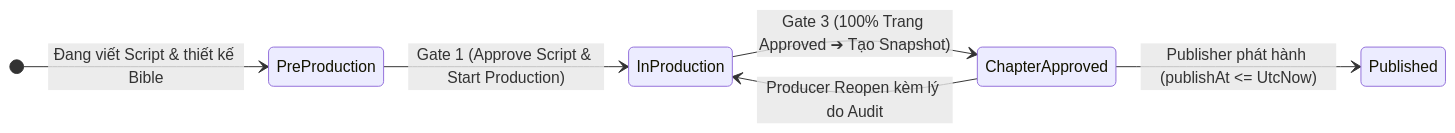
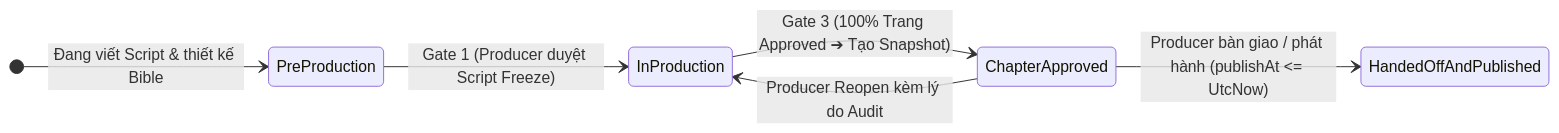
One commit to tkiennt/panelforge-hubs changed the diagram in docs/spec/CHAPTER_AND_SCRIPT_SPECIFICATION.md. Above: the diagram before and after it, drawn with Mermaid. The commit also changed other lines of this file and 19 other files, not shown here.

Commit message:
docs(ssot): align all specifications, standards, architecture, and plans with V2.6 Final

````diff
--- a/docs/spec/CHAPTER_AND_SCRIPT_SPECIFICATION.md
+++ b/docs/spec/CHAPTER_AND_SCRIPT_SPECIFICATION.md
@@ -21,9 +21,9 @@
 ```mermaid
 stateDiagram-v2
     direction LR
     [*] --> PreProduction: Đang viết Script & thiết kế Bible
-    PreProduction --> InProduction: Gate 1 (Approve Script & Start Production)
+    PreProduction --> InProduction: Gate 1 (Producer duyệt Script Freeze)
     InProduction --> ChapterApproved: Gate 3 (100% Trang Approved ➔ Tạo Snapshot)
     ChapterApproved --> InProduction: Producer Reopen kèm lý do Audit
-    ChapterApproved --> Published: Publisher phát hành (publishAt <= UtcNow)
+    ChapterApproved --> HandedOffAndPublished: Producer bàn giao / phát hành (publishAt <= UtcNow)
 ```
````
